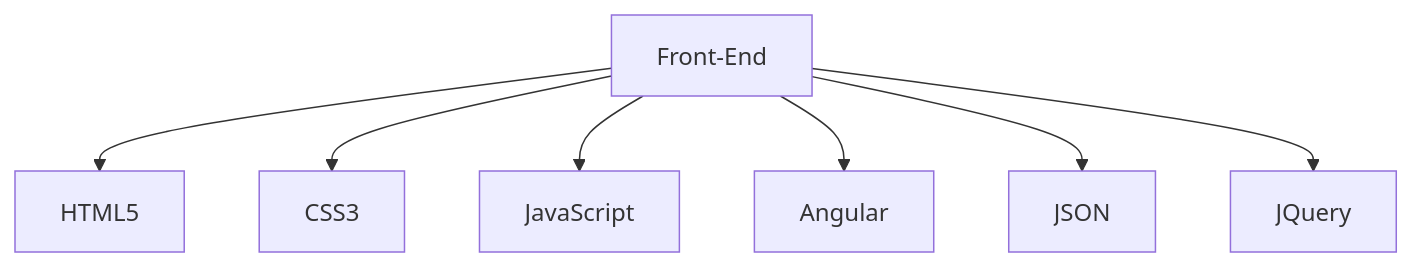
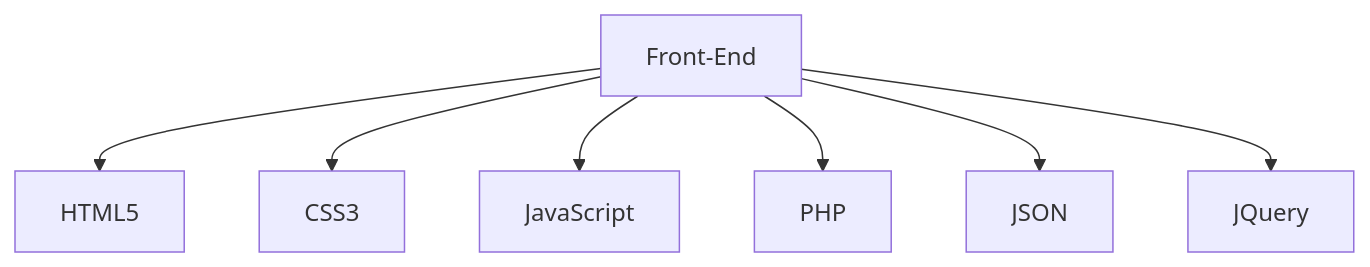
One commit to Alexander-Dheins/Alexander-Dheins changed the diagram in README.md. Above: the diagram before and after it, drawn with Mermaid.

````diff
--- a/README.md
+++ b/README.md
@@ -29,9 +29,9 @@
 ```mermaid
 graph TD;
     Front-End-->HTML5;
     Front-End-->CSS3;
     Front-End-->JavaScript;
-    Front-End-->Angular;
+    Front-End-->PHP;
     Front-End-->JSON;
     Front-End-->JQuery;
 ```
````
